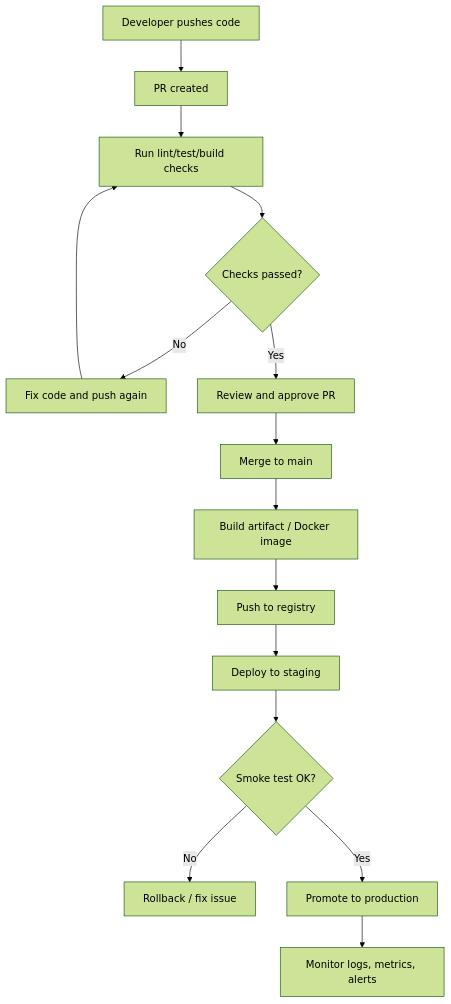
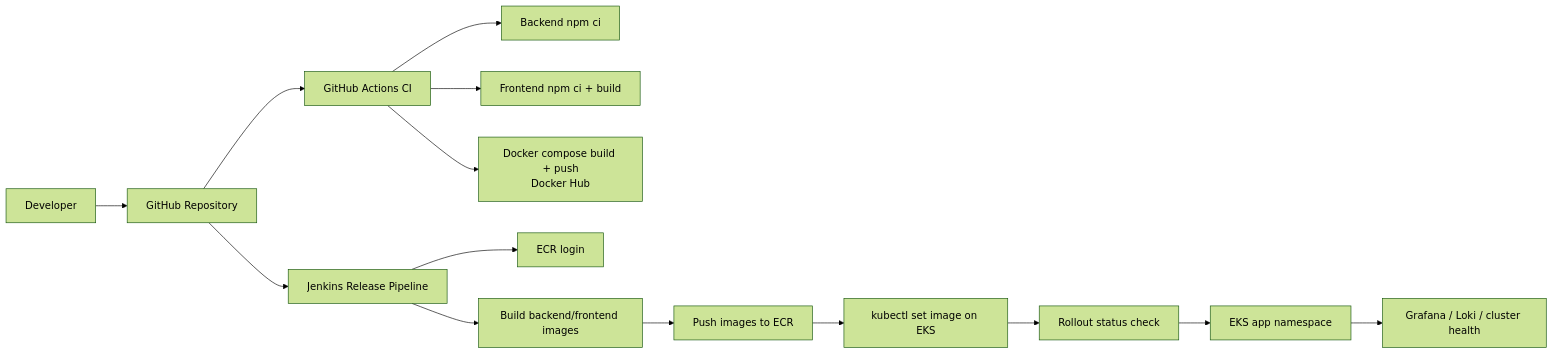
One commit to Hikaru2035/student-timetable changed the seventh of 8 diagrams in diagram.md. Above: the diagram before and after it, drawn with Mermaid (forest theme). The commit also changed other lines of this file, not shown here.

First line of the commit message:
Revise architecture diagrams for student timetable system

````diff
--- a/diagram.md
+++ b/diagram.md
@@ -372,17 +254,19 @@
 ```mermaid
-flowchart TD
-    A[Developer pushes code] --> B[PR created]
-    B --> C[Run lint/test/build checks]
-    C --> D{Checks passed?}
-    D -- No --> E[Fix code and push again]
-    E --> C
-    D -- Yes --> F[Review and approve PR]
-    F --> G[Merge to main]
-    G --> H[Build artifact / Docker image]
-    H --> I[Push to registry]
-    I --> J[Deploy to staging]
-    J --> K{Smoke test OK?}
-    K -- No --> L[Rollback / fix issue]
-    K -- Yes --> M[Promote to production]
-    M --> N[Monitor logs, metrics, alerts]
+flowchart LR
+    Dev[Developer] --> Git[GitHub Repository]
+
+    Git --> GHA[GitHub Actions CI]
+    GHA --> B1[Backend npm ci]
+    GHA --> F1[Frontend npm ci + build]
+    GHA --> D1[Docker compose build + push\nDocker Hub]
+
+    Git --> Jenkins[Jenkins Release Pipeline]
+    Jenkins --> ECR[ECR login]
+    Jenkins --> Build[Build backend/frontend images]
+    Build --> Push[Push images to ECR]
+    Push --> Deploy[kubectl set image on EKS]
+    Deploy --> Rollout[Rollout status check]
+
+    Rollout --> EKSRun[EKS app namespace]
+    EKSRun --> Monitor[Grafana / Loki / cluster health]
 ```
````
